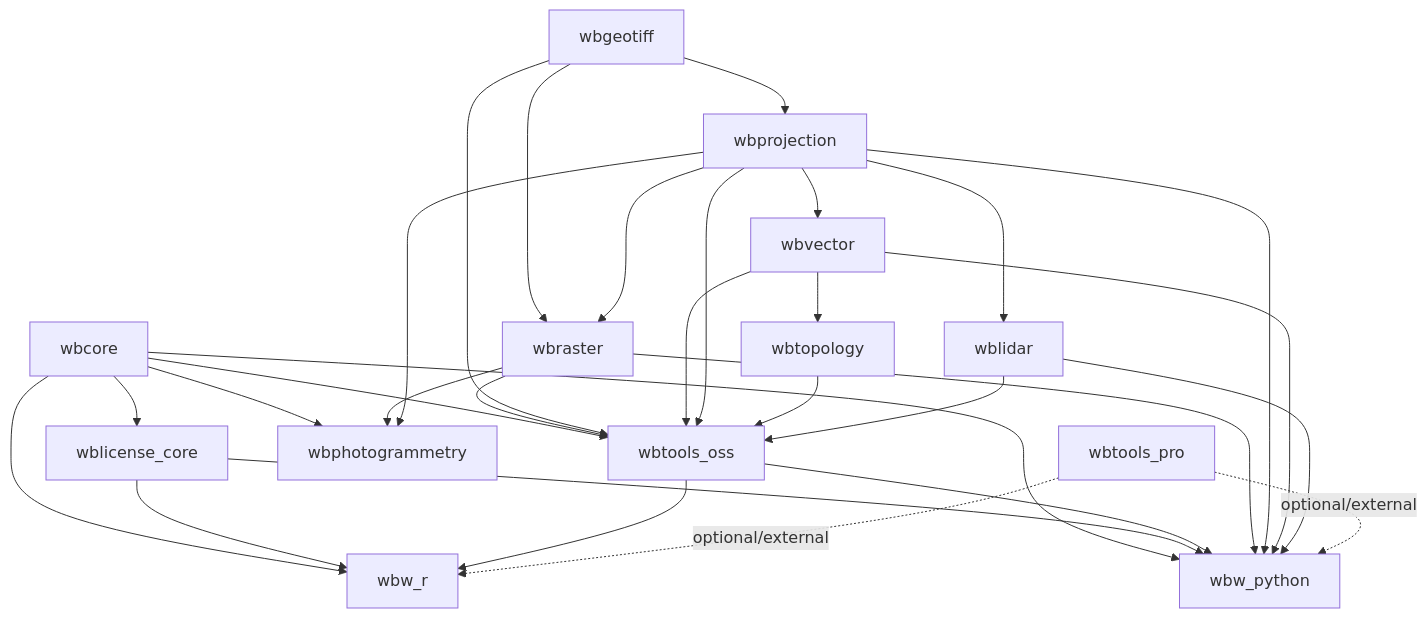
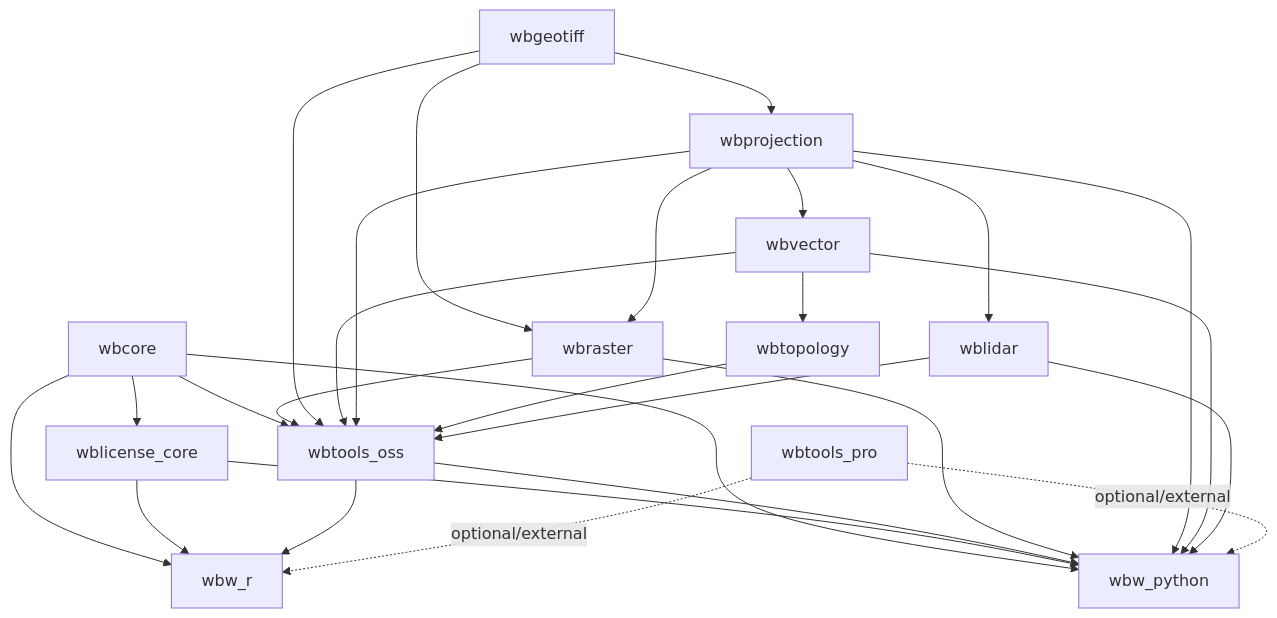
Before and after one commit to jblindsay/whitebox_next_gen: the diagram in README.md, drawn with Mermaid. The commit also changed other lines of this file and 27 other files, not shown here.

````diff
--- a/README.md
+++ b/README.md
@@ -100,38 +99,34 @@
 ```mermaid
 graph TD
 	wbgeotiff --> wbprojection
 	wbgeotiff --> wbraster
 	wbprojection --> wbraster
 	wbprojection --> wbvector
 	wbvector --> wbtopology
 	wbprojection --> wblidar
 
 	wbcore --> wblicense_core
 
 	wbcore --> wbtools_oss
 	wbraster --> wbtools_oss
 	wbgeotiff --> wbtools_oss
 	wbvector --> wbtools_oss
 	wbprojection --> wbtools_oss
 	wbtopology --> wbtools_oss
 	wblidar --> wbtools_oss
 
-	wbcore --> wbphotogrammetry
-	wbraster --> wbphotogrammetry
-	wbprojection --> wbphotogrammetry
-
 	wbcore --> wbw_python
 	wblicense_core --> wbw_python
 	wbtools_oss --> wbw_python
 	wbraster --> wbw_python
 	wbprojection --> wbw_python
 	wbvector --> wbw_python
 	wblidar --> wbw_python
 
 	wbcore --> wbw_r
 	wblicense_core --> wbw_r
 	wbtools_oss --> wbw_r
 
 	wbtools_pro -. optional/external .-> wbw_python
 	wbtools_pro -. optional/external .-> wbw_r
 ```
````
